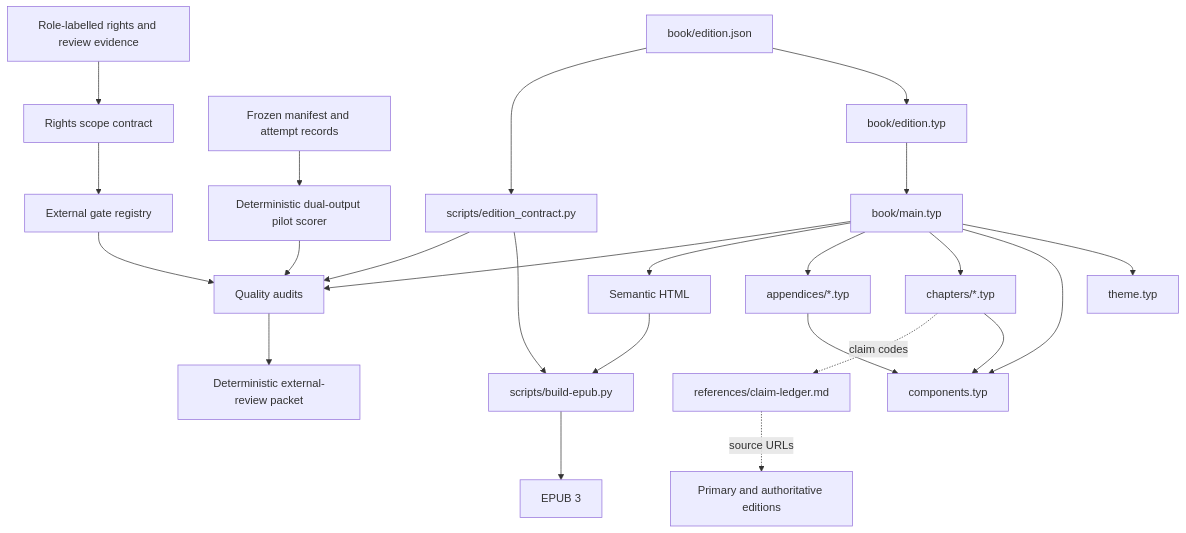
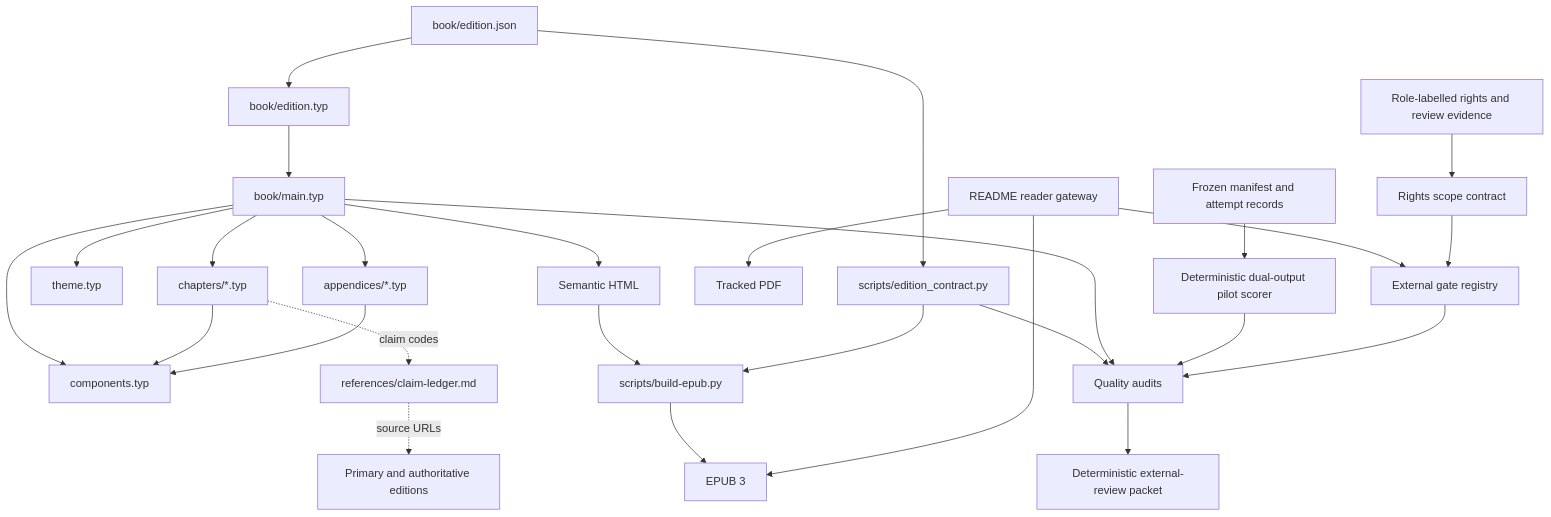
One commit to streamentry/streamentry changed the second of 5 diagrams in AGENTS.md. Above: the diagram before and after it, drawn with Mermaid. The commit also changed other lines of this file and 7 other files, not shown here.

Commit message:
make the book gateway reader first

````diff
--- a/AGENTS.md
+++ b/AGENTS.md
@@ -115,26 +119,29 @@
 ```mermaid
 flowchart TB
   D["book/edition.json"] --> Y["book/edition.typ"]
   D --> Z["scripts/edition_contract.py"]
   Y --> M["book/main.typ"]
   M["book/main.typ"] --> T["theme.typ"]
   M --> C["components.typ"]
   M --> H["chapters/*.typ"]
   M --> A["appendices/*.typ"]
   M --> E["Semantic HTML"]
   E --> P["scripts/build-epub.py"]
   Z --> P
   Z --> Q
   P --> U["EPUB 3"]
+  R0["README reader gateway"] --> U
+  R0 --> V["Tracked PDF"]
+  R0 --> X
   M --> Q["Quality audits"]
   N["Frozen manifest and attempt records"] --> G["Deterministic dual-output pilot scorer"]
   G --> Q
   X["External gate registry"] --> Q
   R["Role-labelled rights and review evidence"] --> RC["Rights scope contract"]
   RC --> X
   Q --> W["Deterministic external-review packet"]
   H --> C
   A --> C
   H -. "claim codes" .-> L["references/claim-ledger.md"]
   L -. "source URLs" .-> S["Primary and authoritative editions"]
 ```
````
